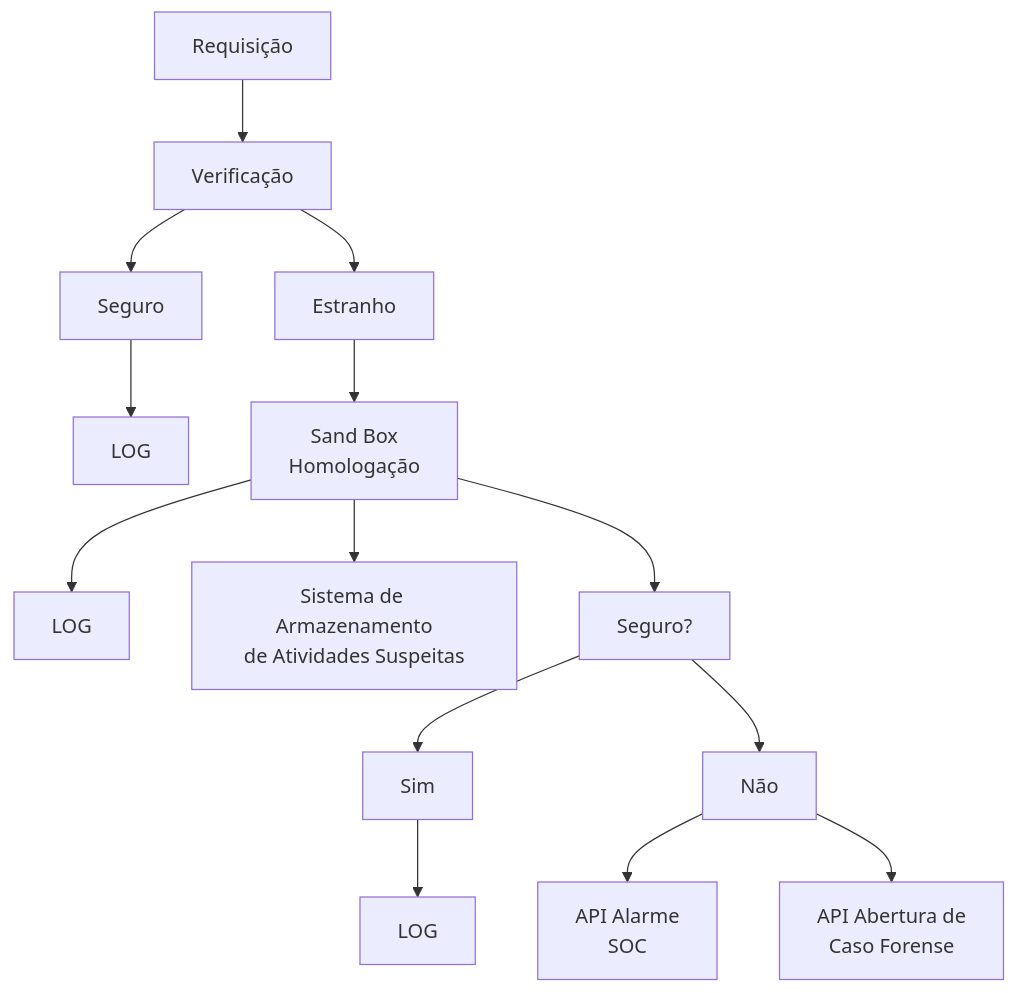
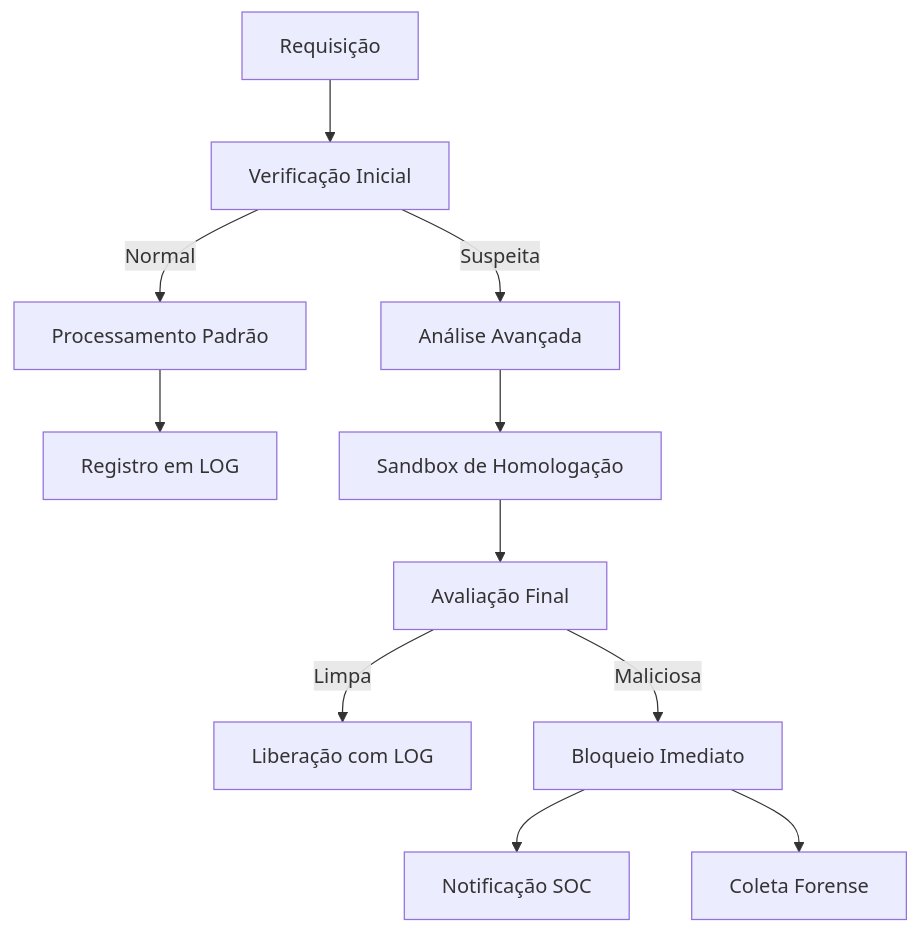
The diagram in README.md (morteerror404/firewall), drawn with Mermaid before and after one commit. The commit also changed other lines of this file, not shown here.

````diff
--- a/README.md
+++ b/README.md
@@ -25,11 +23,13 @@
 ```mermaid
 graph TD
- n1["Requisição <br>"] --> n5["Verificação <br>"]
-    n5 --> n2["Seguro <br>"] & n4["Estranho <br>"]
-    n2 --> n3["LOG <br>"]
-    n4 --> n6["Sand Box<br>Homologação"]
-    n6 --> n8["LOG <br>"] & n7["Sistema de Armazenamento<br>de Atividades Suspeitas"] & n9["Seguro? <br>"]
-    n9 --> n10["Sim <br>"] & n11["Não <br>"]
-    n10 --> n12["LOG <br>"]
-    n11 --> n13["API Alarme<br>SOC"] & n14["API Abertura de<br>Caso Forense"]
+    n1["Requisição"] --> n5["Verificação Inicial"]
+    n5 -->|Normal| n2["Processamento Padrão"]
+    n5 -->|Suspeita| n4["Análise Avançada"]
+    n2 --> n3["Registro em LOG"]
+    n4 --> n6["Sandbox de Homologação"]
+    n6 --> n9["Avaliação Final"]
+    n9 -->|Limpa| n12["Liberação com LOG"]
+    n9 -->|Maliciosa| n13["Bloqueio Imediato"]
+    n13 --> n14["Notificação SOC"]
+    n13 --> n15["Coleta Forense"]
 ```
````
